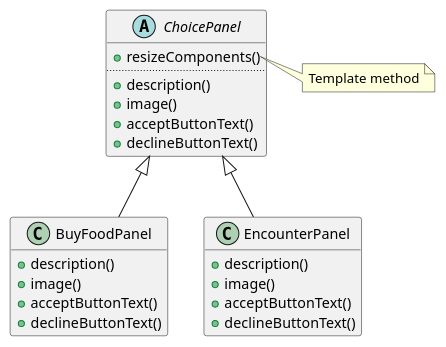
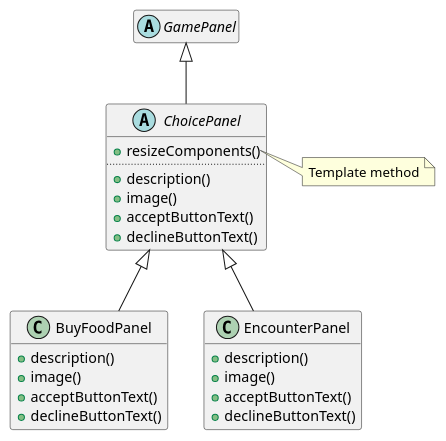
Before and after one commit to Lucaaa31/OOP23-gym-life: the diagram in UML/choicePanel.puml, drawn with PlantUML. The commit also changed 1 other file, not shown here.

```diff
--- a/UML/choicePanel.puml
+++ b/UML/choicePanel.puml
@@ -1,32 +1,36 @@
 @startuml
 'https://plantuml.com/class-diagram
 
 hide empty members
 
-    abstract class ChoicePanel{
+    abstract class ChoicePanel extends GamePanel{
         +resizeComponents()
         ..
         +description()
         +image()
         +acceptButtonText()
         +declineButtonText()
     }
     note right of ChoicePanel::resizeComponents
         Template method
     end note
 
     class BuyFoodPanel extends ChoicePanel{
         +description()
         +image()
         +acceptButtonText()
         +declineButtonText()
     }
 
     class EncounterPanel extends ChoicePanel{
         +description()
         +image()
         +acceptButtonText()
         +declineButtonText()
     }
 
+    abstract class GamePanel{
+
+    }
+
 @enduml
```
